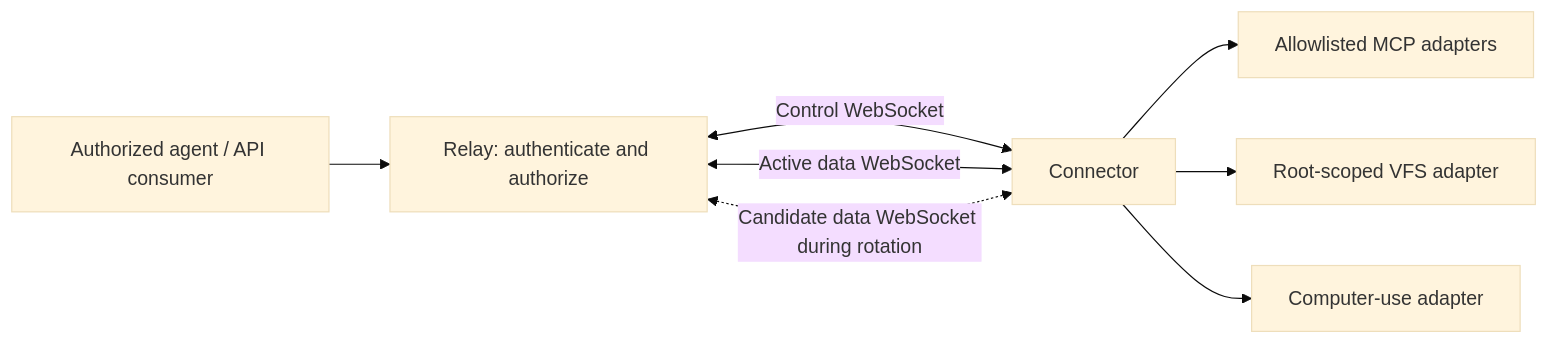
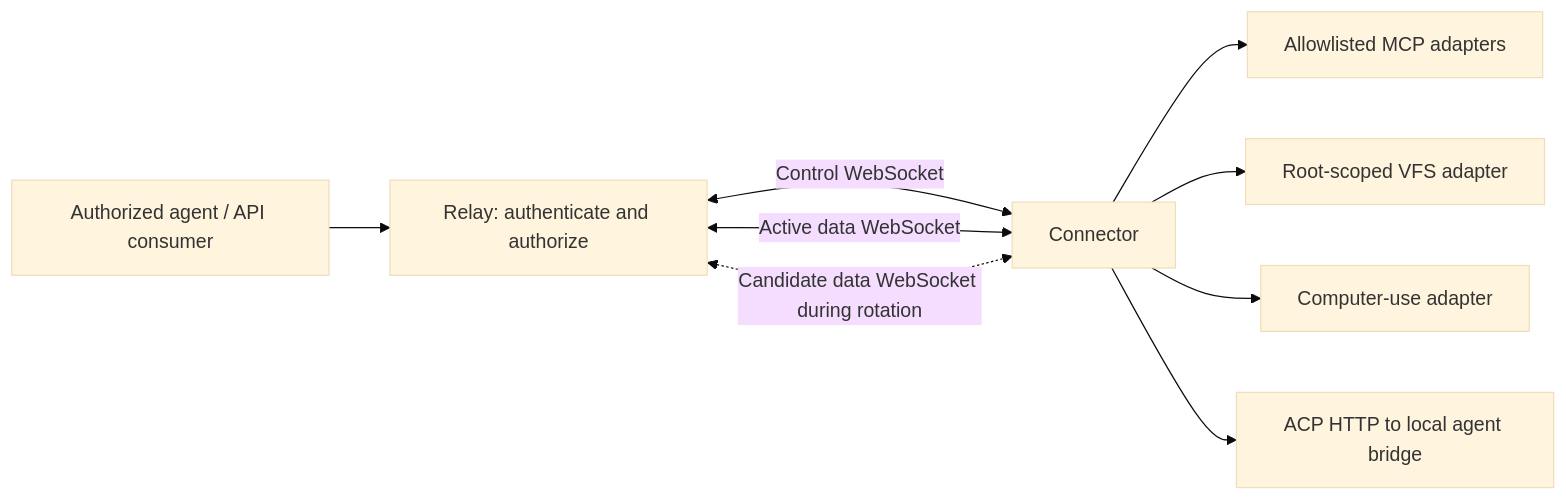
One commit to andymac4182/agent-tunnel changed the first of 2 diagrams in docs/protocol.md. Above: the diagram before and after it, drawn with Mermaid (base theme). The commit also changed other lines of this file and 19 other files, not shown here.

````diff
--- a/docs/protocol.md
+++ b/docs/protocol.md
@@ -20,10 +20,11 @@
 ```mermaid
 flowchart LR
   A[Authorized agent / API consumer] --> R[Relay: authenticate and authorize]
   R <-->|Control WebSocket| C[Connector]
   R <-->|Active data WebSocket| C
   R <-.->|Candidate data WebSocket during rotation| C
   C --> M[Allowlisted MCP adapters]
   C --> V[Root-scoped VFS adapter]
   C --> U[Computer-use adapter]
+  C --> P[ACP HTTP to local agent bridge]
 ```
````
